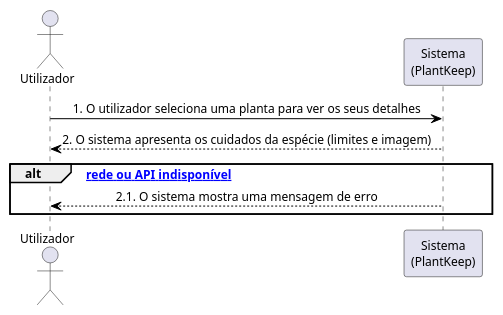
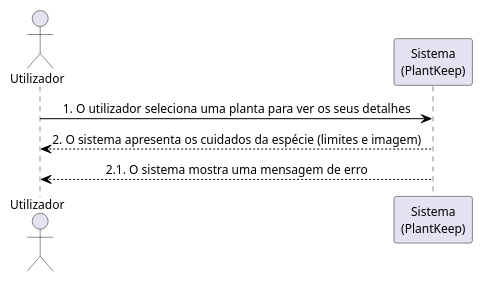
One commit to compaqle/DSSMV_ProjectDroid_1251486_1251506 changed the diagram in .docs/diagramas/SSDs/uc03.puml. Above: the diagram before and after it, drawn with PlantUML. The commit also changed 9 other files, not shown here.

```diff
--- a/.docs/diagramas/SSDs/uc03.puml
+++ b/.docs/diagramas/SSDs/uc03.puml
@@ -1,13 +1,11 @@
 @startuml
 skinparam defaultFontSize 12
 skinparam sequenceMessageAlign center
 skinparam ArrowColor #000000
 skinparam sequenceArrowColor #000000
 actor "Utilizador" as u
 participant "Sistema\n(PlantKeep)" as s
 u -> s : 1. O utilizador seleciona uma planta para ver os seus detalhes
 s --> u : 2. O sistema apresenta os cuidados da espécie (limites e imagem)
-alt [Sem rede ou API indisponível]
-    s --> u : 2.1. O sistema mostra uma mensagem de erro
-end
+s --> u : 2.1. O sistema mostra uma mensagem de erro
 @enduml
```
